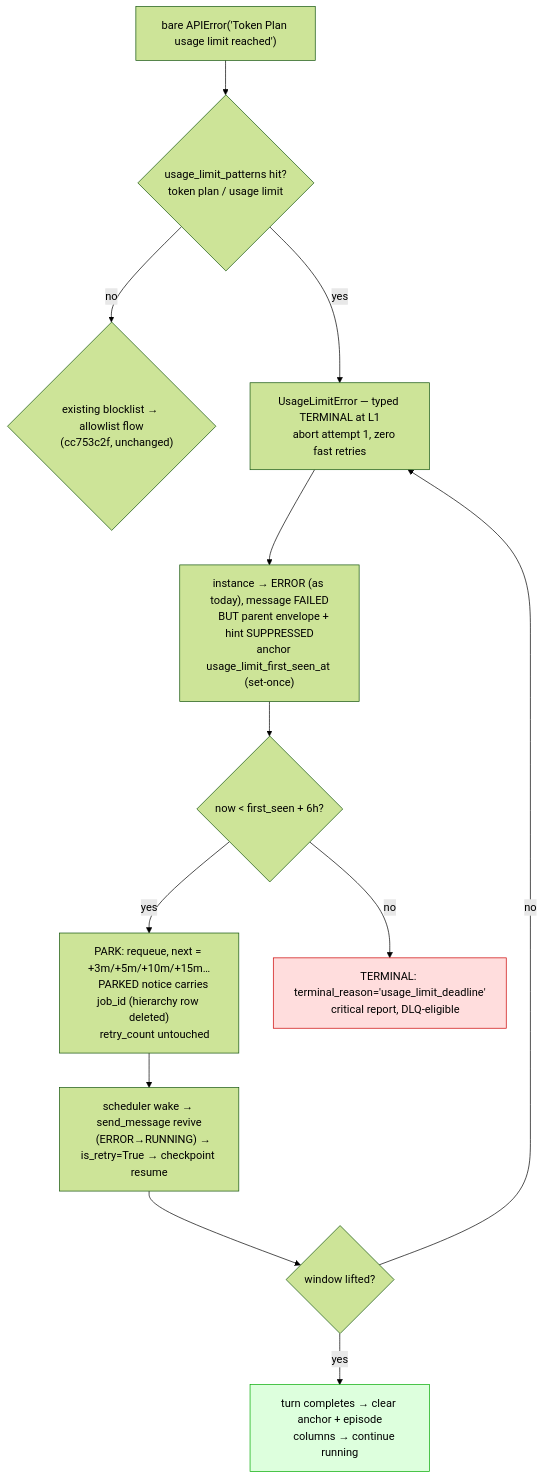
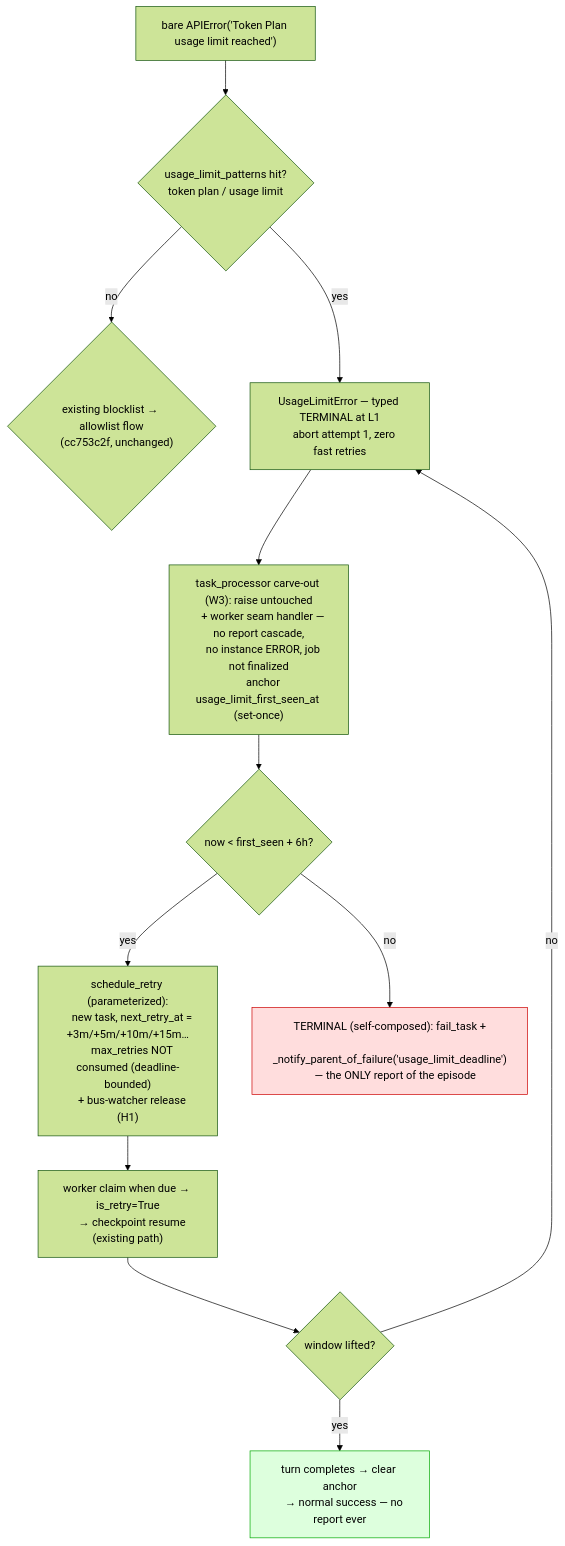
Before and after one commit to disillusioners/ensemble: the diagram in docs/plans/usage-limit-window-recovery.md, drawn with Mermaid (forest theme). The commit also changed other lines of this file and 2 other files, not shown here.

````diff
--- a/docs/plans/usage-limit-window-recovery.md
+++ b/docs/plans/usage-limit-window-recovery.md
@@ -177,26 +264,29 @@
 ```mermaid
 flowchart TD
     E["bare APIError('Token Plan usage limit reached')"] --> U{"usage_limit_patterns hit?
     token plan / usage limit"}
     U -->|no| B{"existing blocklist → allowlist flow
     (cc753c2f, unchanged)"}
     U -->|yes| W["UsageLimitError — typed TERMINAL at L1
     abort attempt 1, zero fast retries"]
-    W --> F["instance → ERROR (as today), message FAILED
-    BUT parent envelope + hint SUPPRESSED
+    W --> F["task_processor carve-out (W3): raise untouched
+    + worker seam handler — no report cascade,
+    no instance ERROR, job not finalized
     anchor usage_limit_first_seen_at (set-once)"]
     F --> C{"now < first_seen + 6h?"}
-    C -->|yes| P["PARK: requeue, next = +3m/+5m/+10m/+15m…
-    PARKED notice carries job_id (hierarchy row deleted)
-    retry_count untouched"]
-    P --> S["scheduler wake → send_message revive
-    (ERROR→RUNNING) → is_retry=True → checkpoint resume"]
+    C -->|yes| P["schedule_retry (parameterized):
+    new task, next_retry_at = +3m/+5m/+10m/+15m…
+    max_retries NOT consumed (deadline-bounded)
+    + bus-watcher release (H1)"]
+    P --> S["worker claim when due → is_retry=True
+    → checkpoint resume (existing path)"]
     S --> Q{"window lifted?"}
-    Q -->|yes| OK["turn completes → clear anchor + episode
-    columns → continue running"]
+    Q -->|yes| OK["turn completes → clear anchor
+    → normal success — no report ever"]
     Q -->|no| W
-    C -->|no| T["TERMINAL: terminal_reason='usage_limit_deadline'
-    critical report, DLQ-eligible"]
+    C -->|no| T["TERMINAL (self-composed): fail_task +
+    _notify_parent_of_failure('usage_limit_deadline')
+    — the ONLY report of the episode"]
     style OK fill:#dfd,stroke:#0a0
     style T fill:#fdd,stroke:#c00
 ```
````
